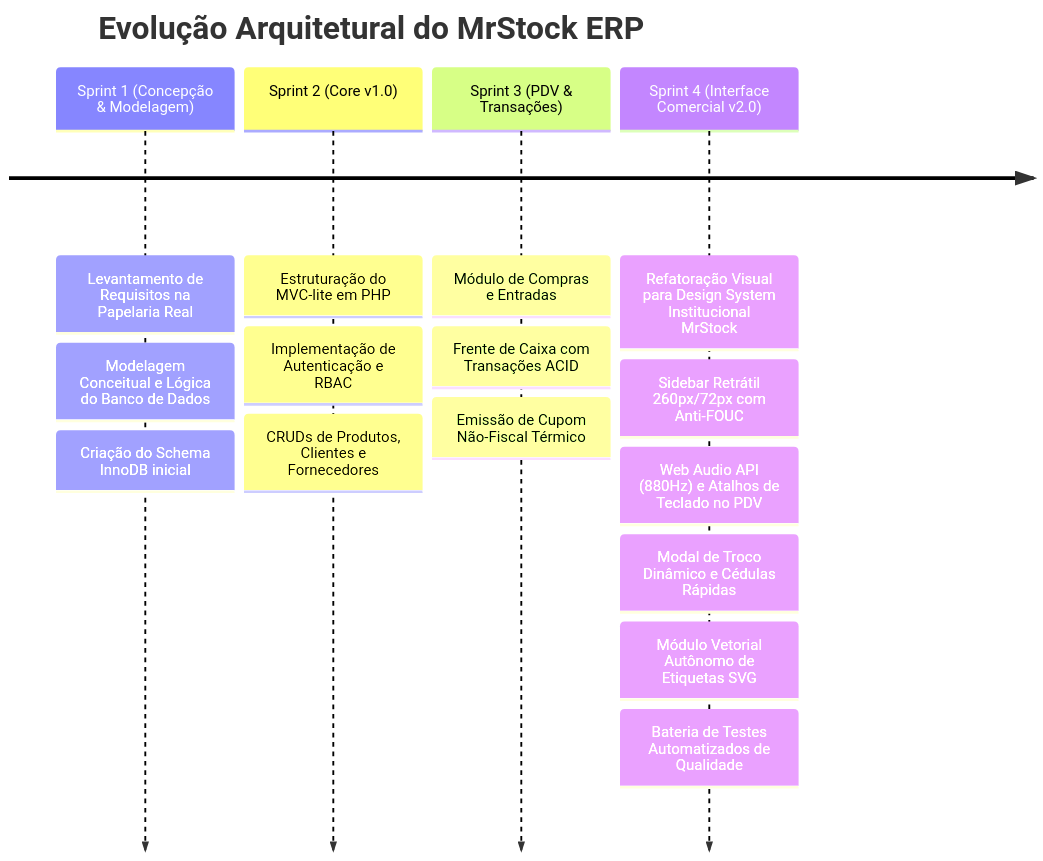
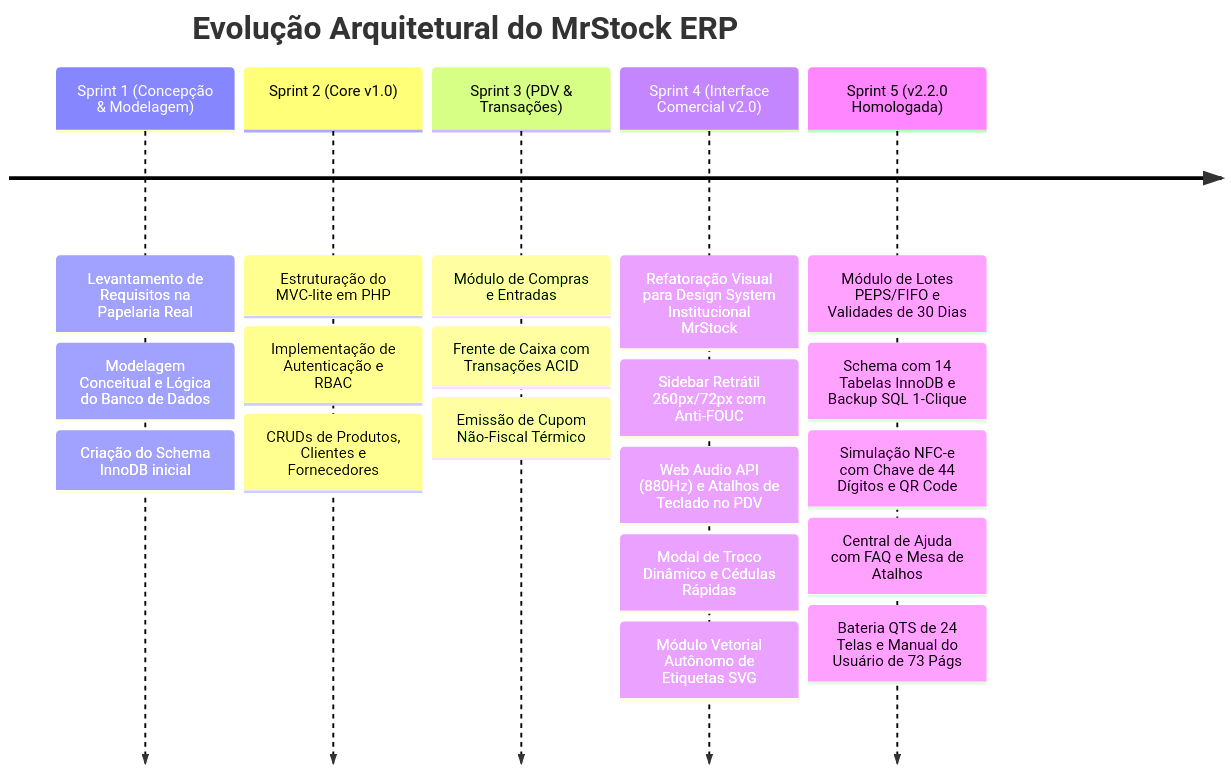
Before and after one commit to mrcodingdev/mrstock-erp: the diagram in docs/diario_de_desenvolvimento.md, drawn with Mermaid. The commit also changed other lines of this file and 13 other files, not shown here.

````diff
--- a/docs/diario_de_desenvolvimento.md
+++ b/docs/diario_de_desenvolvimento.md
@@ -9,19 +12,23 @@
 ```mermaid
 timeline
     title Evolução Arquitetural do MrStock ERP
     Sprint 1 (Concepção & Modelagem) : Levantamento de Requisitos na Papelaria Real
                                      : Modelagem Conceitual e Lógica do Banco de Dados
                                      : Criação do Schema InnoDB inicial
     Sprint 2 (Core v1.0)             : Estruturação do MVC-lite em PHP
                                      : Implementação de Autenticação e RBAC
                                      : CRUDs de Produtos, Clientes e Fornecedores
     Sprint 3 (PDV & Transações)      : Módulo de Compras e Entradas
                                      : Frente de Caixa com Transações ACID
                                      : Emissão de Cupom Não-Fiscal Térmico
     Sprint 4 (Interface Comercial v2.0) : Refatoração Visual para Design System Institucional MrStock
                                      : Sidebar Retrátil 260px/72px com Anti-FOUC
                                      : Web Audio API (880Hz) e Atalhos de Teclado no PDV
                                      : Modal de Troco Dinâmico e Cédulas Rápidas
                                      : Módulo Vetorial Autônomo de Etiquetas SVG
-                                     : Bateria de Testes Automatizados de Qualidade
+    Sprint 5 (v2.2.0 Homologada)     : Módulo de Lotes PEPS/FIFO e Validades de 30 Dias
+                                     : Schema com 14 Tabelas InnoDB e Backup SQL 1-Clique
+                                     : Simulação NFC-e com Chave de 44 Dígitos e QR Code
+                                     : Central de Ajuda com FAQ e Mesa de Atalhos
+                                     : Bateria QTS de 24 Telas e Manual do Usuário de 73 Págs
 ```
````
